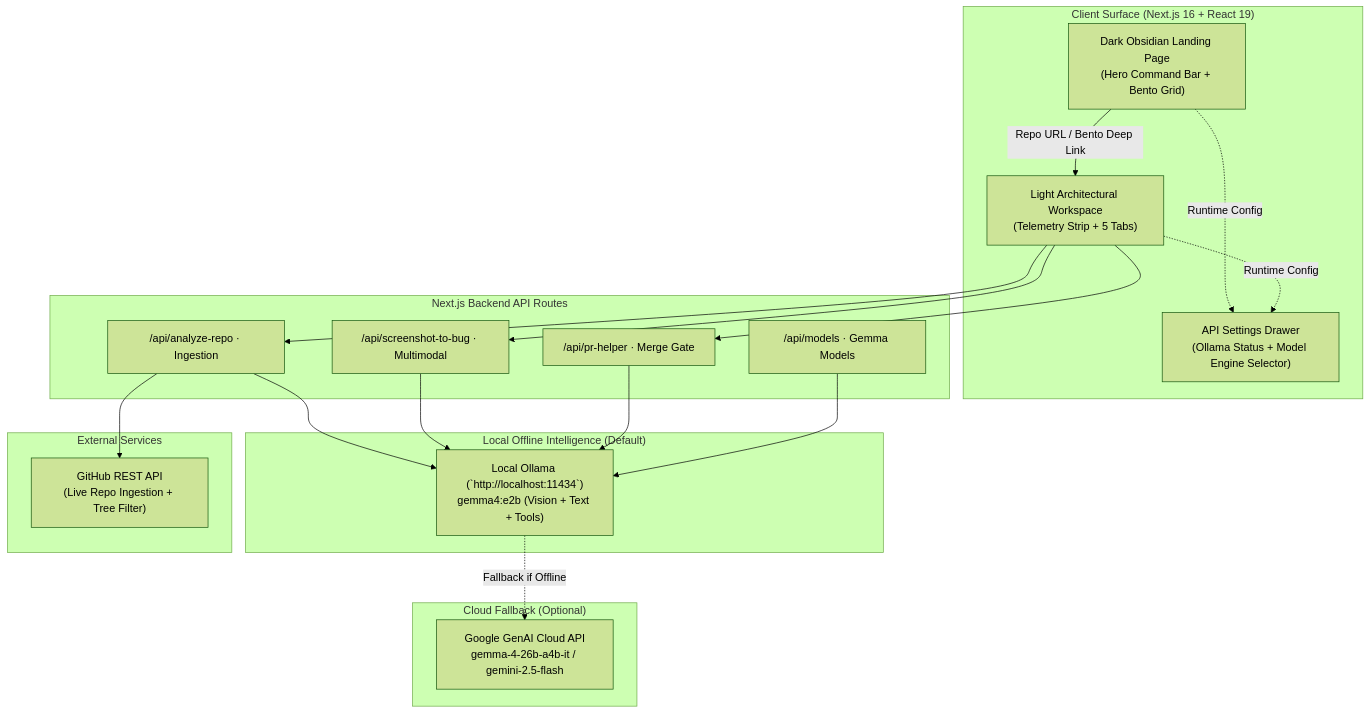
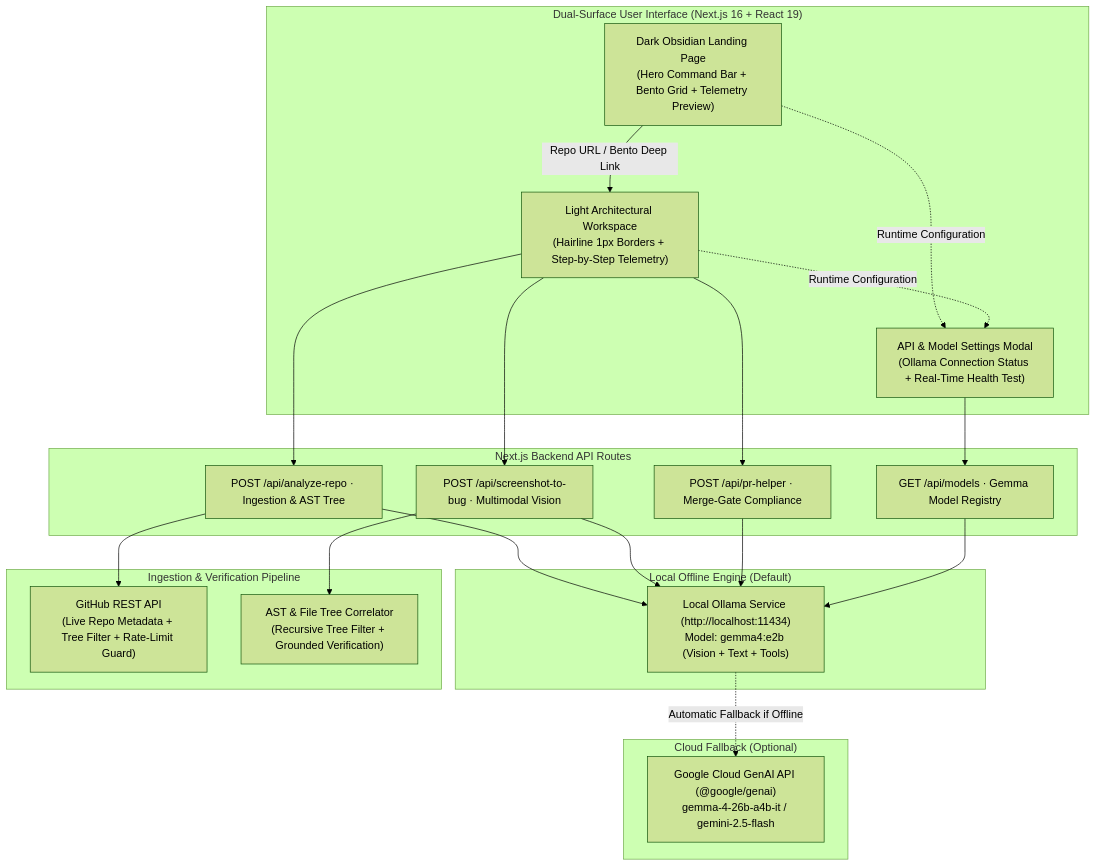
Before and after one commit to Adarshmilan/hacktober2026: the diagram in README.md, drawn with Mermaid (forest theme). The commit also changed other lines of this file and 3 other files, not shown here.

````diff
--- a/README.md
+++ b/README.md
@@ -38,43 +82,46 @@
 ```mermaid
 flowchart TD
-    subgraph UI ["Client Surface (Next.js 16 + React 19)"]
-        Landing["Dark Obsidian Landing Page<br/>(Hero Command Bar + Bento Grid)"]
-        Workspace["Light Architectural Workspace<br/>(Telemetry Strip + 5 Tabs)"]
-        Settings["API Settings Drawer<br/>(Ollama Status + Model Engine Selector)"]
+    subgraph UI ["Dual-Surface User Interface (Next.js 16 + React 19)"]
+        Landing["Dark Obsidian Landing Page<br/>(Hero Command Bar + Bento Grid + Telemetry Preview)"]
+        Workspace["Light Architectural Workspace<br/>(Hairline 1px Borders + Step-by-Step Telemetry)"]
+        Settings["API & Model Settings Modal<br/>(Ollama Connection Status + Real-Time Health Test)"]
     end
 
     subgraph API ["Next.js Backend API Routes"]
-        RepoRoute["/api/analyze-repo · Ingestion"]
-        BugRoute["/api/screenshot-to-bug · Multimodal"]
-        PRRoute["/api/pr-helper · Merge Gate"]
-        ModelRoute["/api/models · Gemma Models"]
+        RepoRoute["POST /api/analyze-repo · Ingestion & AST Tree"]
+        BugRoute["POST /api/screenshot-to-bug · Multimodal Vision"]
+        PRRoute["POST /api/pr-helper · Merge-Gate Compliance"]
+        ModelRoute["GET /api/models · Gemma Model Registry"]
     end
 
-    subgraph LocalEngine ["Local Offline Intelligence (Default)"]
-        OllamaLocal["Local Ollama (`http://localhost:11434`)<br/>gemma4:e2b (Vision + Text + Tools)"]
+    subgraph LocalEngine ["Local Offline Engine (Default)"]
+        OllamaLocal["Local Ollama Service (http://localhost:11434)<br/>Model: gemma4:e2b (Vision + Text + Tools)"]
     end
 
     subgraph CloudEngine ["Cloud Fallback (Optional)"]
-        GeminiCloud["Google GenAI Cloud API<br/>gemma-4-26b-a4b-it / gemini-2.5-flash"]
+        GeminiCloud["Google Cloud GenAI API (@google/genai)<br/>gemma-4-26b-a4b-it / gemini-2.5-flash"]
     end
 
-    subgraph External ["External Services"]
-        GHClient["GitHub REST API<br/>(Live Repo Ingestion + Tree Filter)"]
+    subgraph Ingestion ["Ingestion & Verification Pipeline"]
+        GHClient["GitHub REST API<br/>(Live Repo Metadata + Tree Filter + Rate-Limit Guard)"]
+        ASTCorrelator["AST & File Tree Correlator<br/>(Recursive Tree Filter + Grounded Verification)"]
     end
 
     Landing -->|Repo URL / Bento Deep Link| Workspace
-    Landing -.->|Runtime Config| Settings
-    Workspace -.->|Runtime Config| Settings
+    Landing -.->|Runtime Configuration| Settings
+    Workspace -.->|Runtime Configuration| Settings
 
     Workspace --> RepoRoute
     Workspace --> BugRoute
     Workspace --> PRRoute
+    Settings --> ModelRoute
 
     RepoRoute --> GHClient
     RepoRoute --> OllamaLocal
     BugRoute --> OllamaLocal
+    BugRoute --> ASTCorrelator
     PRRoute --> OllamaLocal
     ModelRoute --> OllamaLocal
 
-    OllamaLocal -.->|Fallback if Offline| GeminiCloud
+    OllamaLocal -.->|Automatic Fallback if Offline| GeminiCloud
 ```
````
